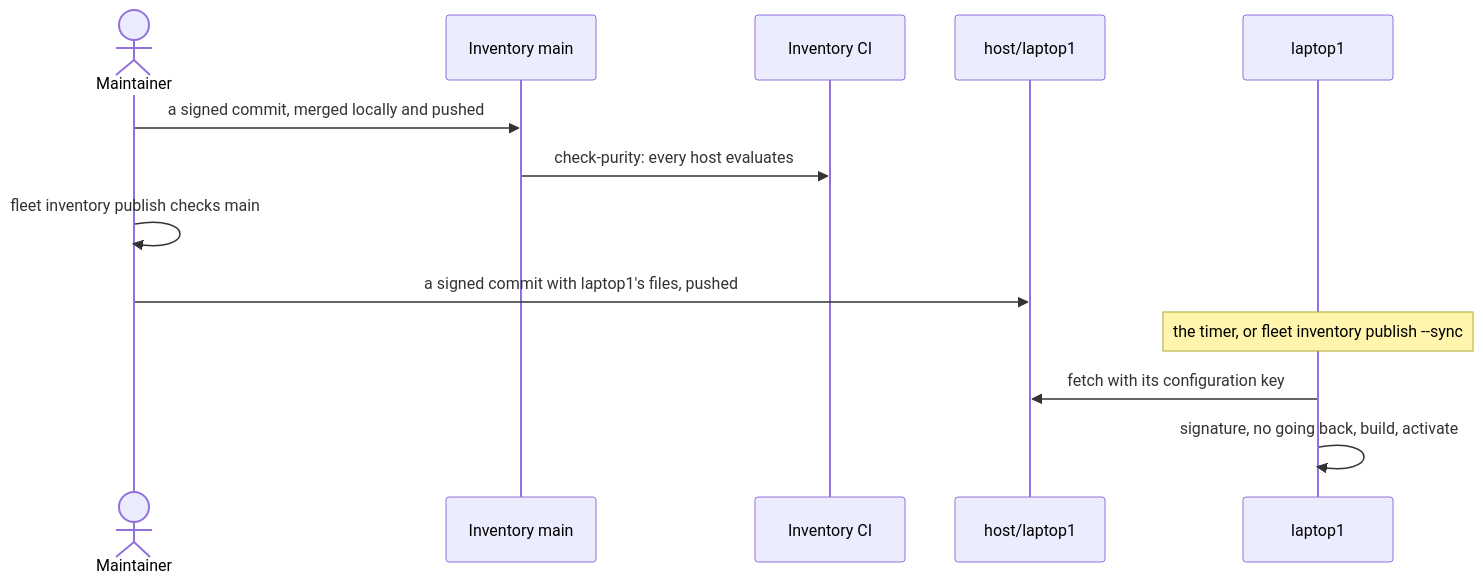
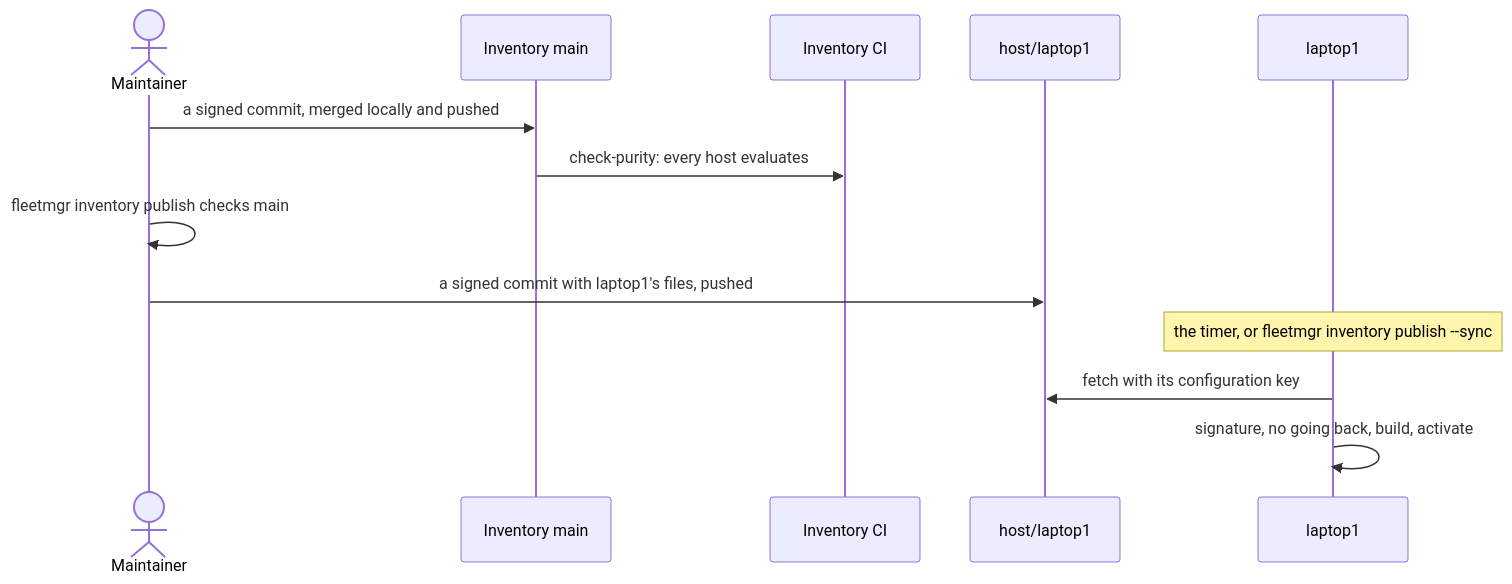
One commit to nnishant776/fleet-manager changed the third of 4 diagrams in docs/how-it-works.md. Above: the diagram before and after it, drawn with Mermaid. The commit also changed other lines of this file and 149 other files, not shown here.

````diff
--- a/docs/how-it-works.md
+++ b/docs/how-it-works.md
@@ -302,15 +302,15 @@
 ```mermaid
 sequenceDiagram
     actor M as Maintainer
     participant I as Inventory main
     participant CI as Inventory CI
     participant B as host/laptop1
     participant H as laptop1
     M->>I: a signed commit, merged locally and pushed
     I->>CI: check-purity: every host evaluates
-    M->>M: fleet inventory publish checks main
+    M->>M: fleetmgr inventory publish checks main
     M->>B: a signed commit with laptop1's files, pushed
-    Note over H: the timer, or fleet inventory publish --sync
+    Note over H: the timer, or fleetmgr inventory publish --sync
     H->>B: fetch with its configuration key
     H->>H: signature, no going back, build, activate
 ```
````
